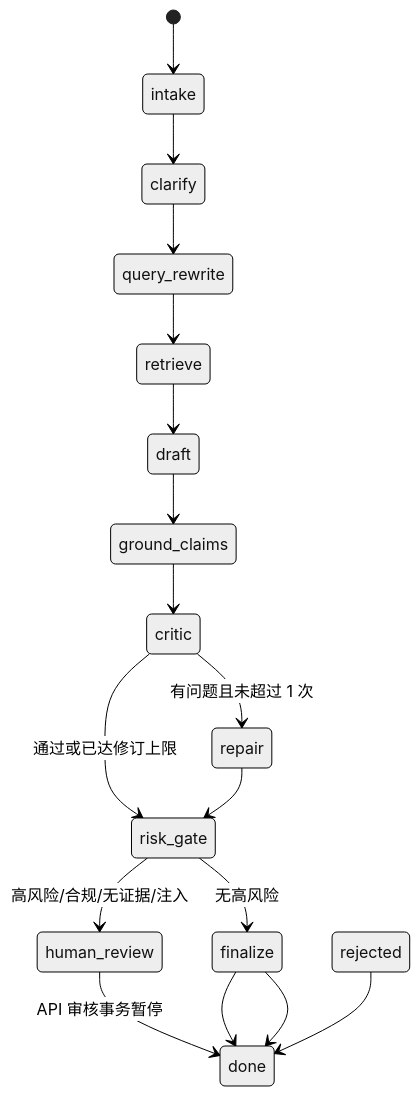
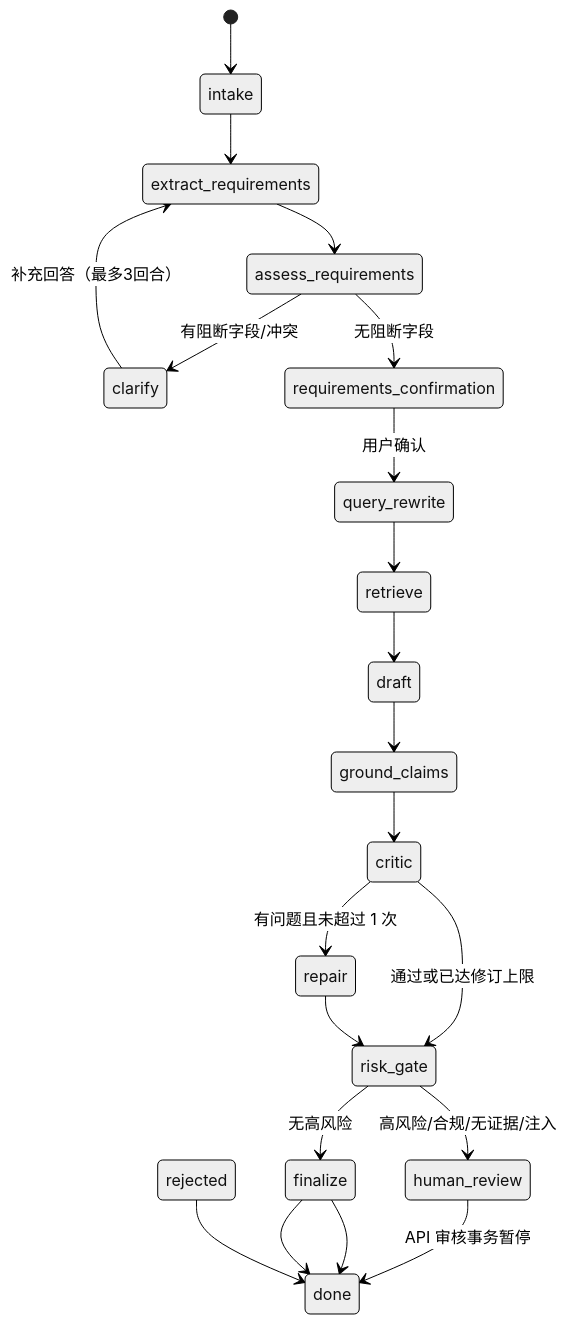
One commit to Lukesour/ai-presales-copilot changed the diagram in docs/agent-design.md. Above: the diagram before and after it, drawn with Mermaid (neutral theme). The commit also changed other lines of this file and 122 other files, not shown here.

````diff
--- a/docs/agent-design.md
+++ b/docs/agent-design.md
@@ -14,19 +14,23 @@
 ```mermaid
 stateDiagram-v2
     [*] --> intake
-    intake --> clarify
-    clarify --> query_rewrite
+    intake --> extract_requirements
+    extract_requirements --> assess_requirements
+    assess_requirements --> clarify: 有阻断字段/冲突
+    assess_requirements --> requirements_confirmation: 无阻断字段
+    clarify --> extract_requirements: 补充回答（最多3回合）
+    requirements_confirmation --> query_rewrite: 用户确认
     query_rewrite --> retrieve
     retrieve --> draft
     draft --> ground_claims
     ground_claims --> critic
     critic --> repair: 有问题且未超过 1 次
     critic --> risk_gate: 通过或已达修订上限
     repair --> risk_gate
     risk_gate --> human_review: 高风险/合规/无证据/注入
     risk_gate --> finalize: 无高风险
     human_review --> done: API 审核事务暂停
     finalize --> done
     finalize --> done
     rejected --> done
 ```
````
